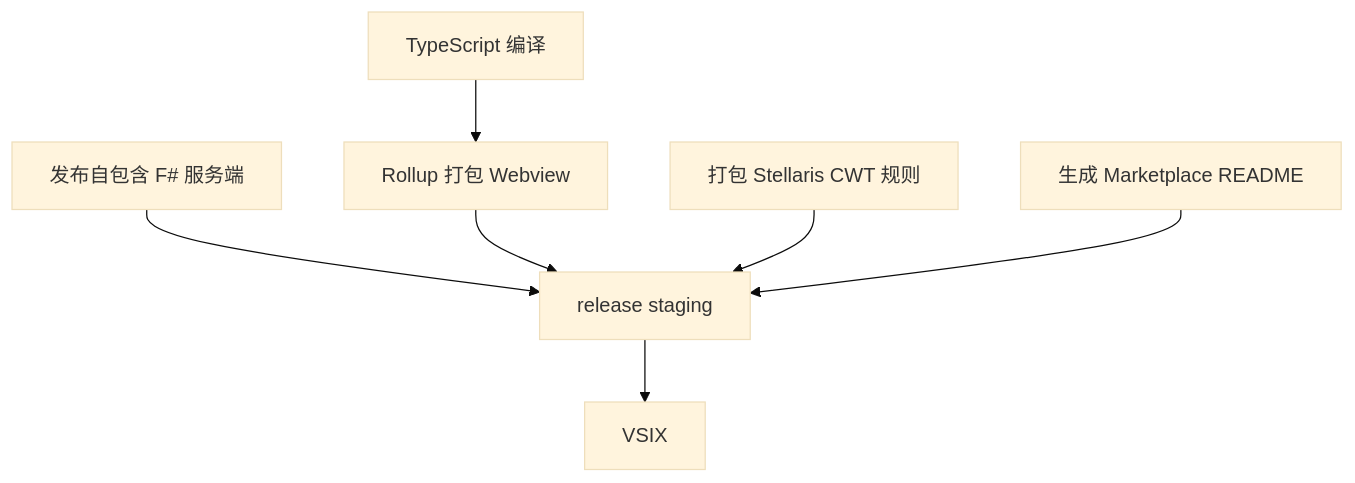
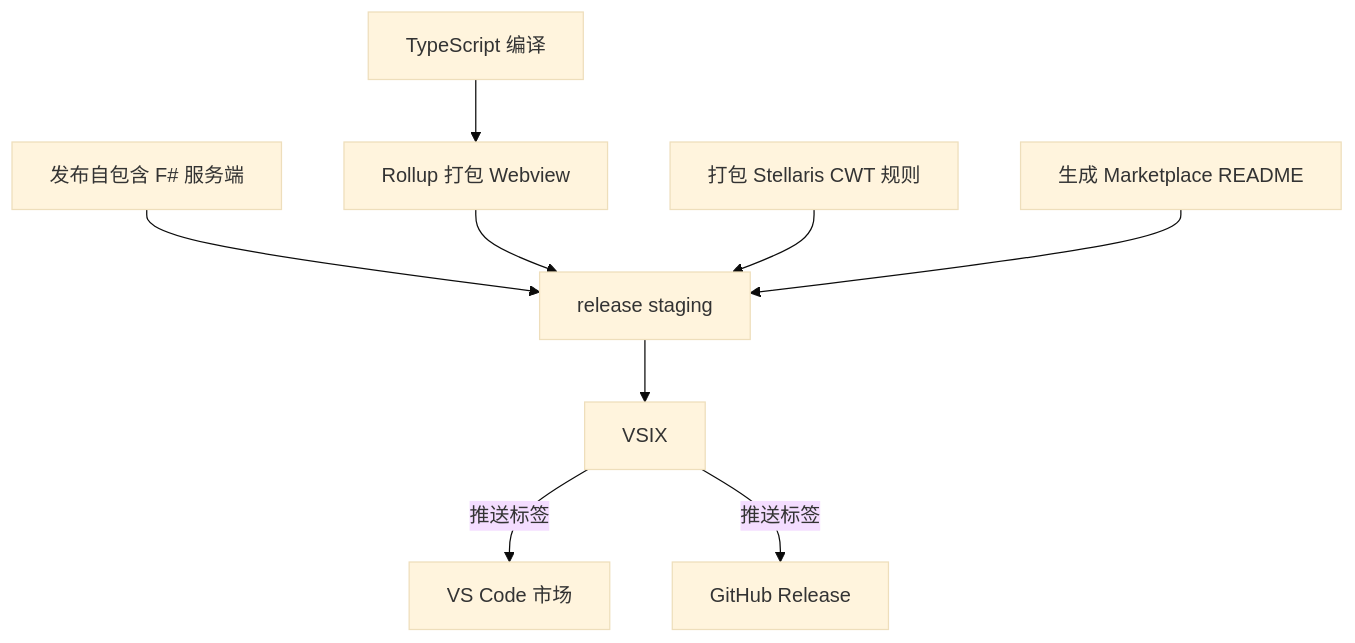
One commit to Aa728848/cwtools-vscode changed diagram 12 of 12 in ARCHITECTURE.md. Above: the diagram before and after it, drawn with Mermaid (base theme). The commit also changed other lines of this file and 4 other files, not shown here.

````diff
--- a/ARCHITECTURE.md
+++ b/ARCHITECTURE.md
@@ -593,9 +597,11 @@
 ```mermaid
 flowchart TD
     TS["TypeScript 编译"] --> WV["Rollup 打包 Webview"]
     FSHARP["发布自包含 F# 服务端"] --> PACKAGE["release staging"]
     WV --> PACKAGE
     RULES["打包 Stellaris CWT 规则"] --> PACKAGE
     DOCS["生成 Marketplace README"] --> PACKAGE
     PACKAGE --> VSIX["VSIX"]
+    VSIX -->|"推送标签"| MARKET["VS Code 市场"]
+    VSIX -->|"推送标签"| RELEASE["GitHub Release"]
 ```
````
